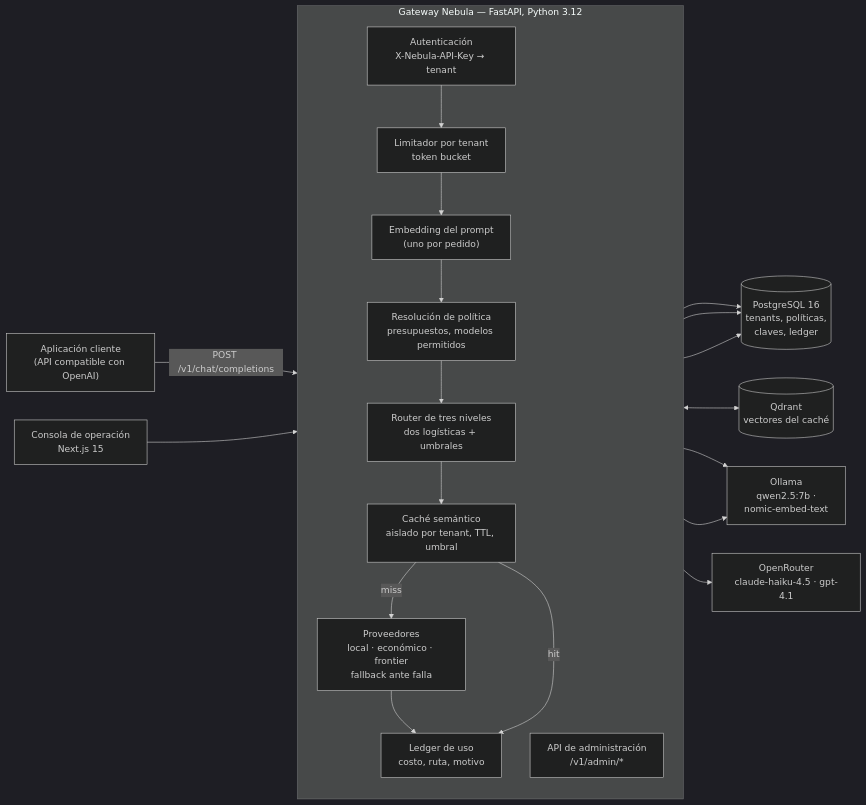
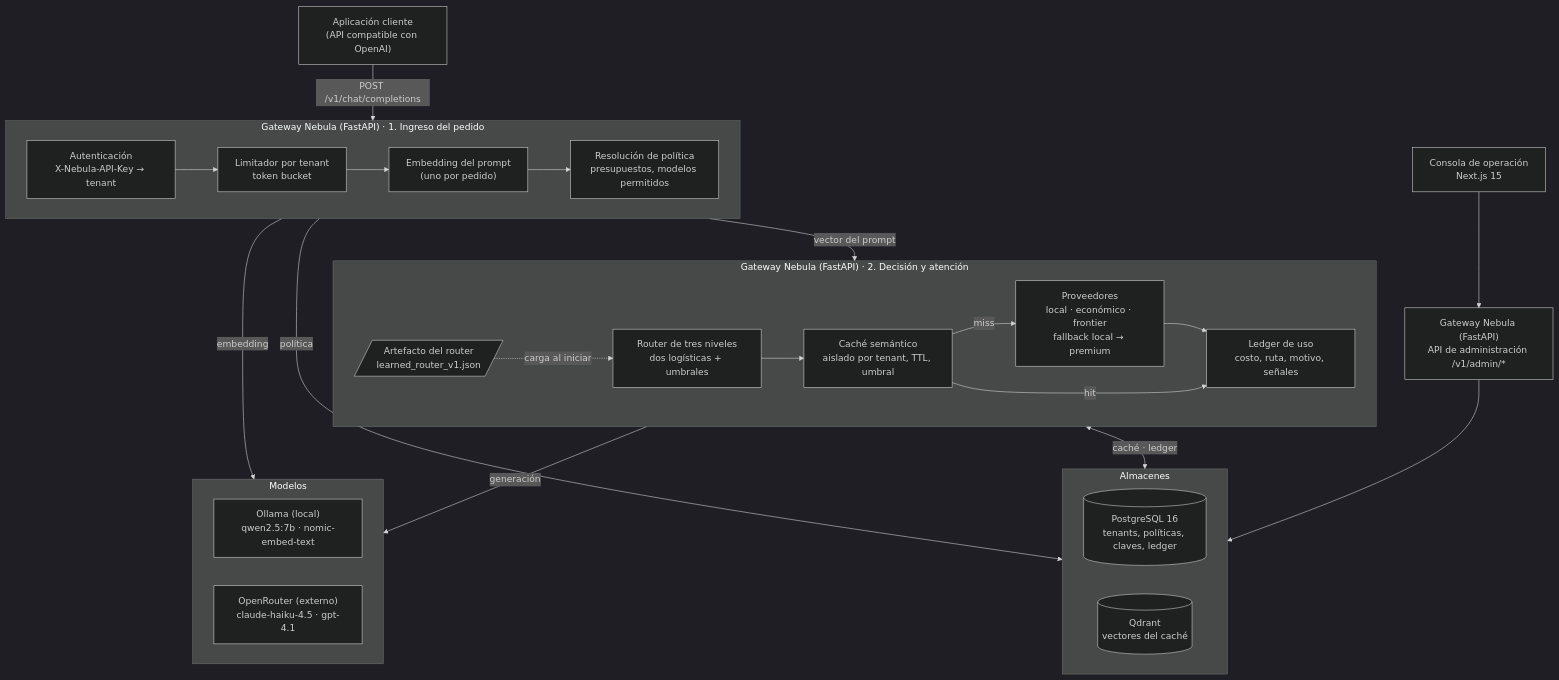
The diagram in docs/tfc/tesis/figuras/arquitectura.mmd (joacofg/nebula.ai), drawn with Mermaid (dark theme) before and after one commit. The commit also changed 1 other file, not shown here.

Commit message:
docs: Figura 10.1 en dos bandas para que entre en una página (#17)
Redibuja la arquitectura en vertical (ingreso / decisión y atención), agrega
el artefacto del router y separa almacenes y modelos. Es la figura principal
de la TP9.

```diff
--- a/docs/tfc/tesis/figuras/arquitectura.mmd
+++ b/docs/tfc/tesis/figuras/arquitectura.mmd
@@ -1,33 +1,35 @@
-flowchart LR
+flowchart TB
     cliente["Aplicación cliente<br/>(API compatible con OpenAI)"]
     consola["Consola de operación<br/>Next.js 15"]
-    subgraph gw["Gateway Nebula — FastAPI, Python 3.12"]
-        direction TB
-        auth["Autenticación<br/>X-Nebula-API-Key → tenant"]
-        rl["Limitador por tenant<br/>token bucket"]
-        emb["Embedding del prompt<br/>(uno por pedido)"]
-        pol["Resolución de política<br/>presupuestos, modelos permitidos"]
-        router["Router de tres niveles<br/>dos logísticas + umbrales"]
-        cache["Caché semántico<br/>aislado por tenant, TTL, umbral"]
-        prov["Proveedores<br/>local · económico · frontier<br/>fallback ante falla"]
-        ledger["Ledger de uso<br/>costo, ruta, motivo"]
-        admin["API de administración<br/>/v1/admin/*"]
+
+    subgraph ingreso["Gateway Nebula (FastAPI) · 1. Ingreso del pedido"]
+        direction LR
+        auth["Autenticación<br/>X-Nebula-API-Key → tenant"] --> rl["Limitador por tenant<br/>token bucket"] --> emb["Embedding del prompt<br/>(uno por pedido)"] --> pol["Resolución de política<br/>presupuestos, modelos permitidos"]
     end
-    pg[("PostgreSQL 16<br/>tenants, políticas,<br/>claves, ledger")]
-    qd[("Qdrant<br/>vectores del caché")]
-    ol["Ollama<br/>qwen2.5:7b ·<br/>nomic-embed-text"]
-    orr["OpenRouter<br/>claude-haiku-4.5 · gpt-4.1"]
+    subgraph decision["Gateway Nebula (FastAPI) · 2. Decisión y atención"]
+        direction LR
+        art[/"Artefacto del router<br/>learned_router_v1.json"/] -.->|carga al iniciar| router["Router de tres niveles<br/>dos logísticas + umbrales"] --> cache["Caché semántico<br/>aislado por tenant, TTL, umbral"] -->|miss| prov["Proveedores<br/>local · económico · frontier<br/>fallback local → premium"] --> ledger["Ledger de uso<br/>costo, ruta, motivo, señales"]
+        cache -->|hit| ledger
+    end
+    admin["Gateway Nebula (FastAPI)<br/>API de administración /v1/admin/*"]
 
-    cliente -->|POST /v1/chat/completions| auth --> rl --> emb --> pol --> router
-    router --> cache
-    cache -->|miss| prov
-    prov --> ledger
-    cache -->|hit| ledger
+    subgraph datos["Almacenes"]
+        direction LR
+        pg[("PostgreSQL 16<br/>tenants, políticas, claves, ledger")]
+        qd[("Qdrant<br/>vectores del caché")]
+    end
+
+    subgraph modelos["Modelos"]
+        direction LR
+        ol["Ollama (local)<br/>qwen2.5:7b · nomic-embed-text"]
+        orr["OpenRouter (externo)<br/>claude-haiku-4.5 · gpt-4.1"]
+    end
+
+    cliente -->|POST /v1/chat/completions| ingreso
     consola --> admin
-    admin --> pg
-    ledger --> pg
-    pol --> pg
-    cache <--> qd
-    emb --> ol
-    prov --> ol
-    prov --> orr
+    ingreso -->|vector del prompt| decision
+    decision <-->|caché · ledger| datos
+    ingreso -->|política| datos
+    decision -->|generación| modelos
+    ingreso -->|embedding| modelos
+    admin --> datos
```
